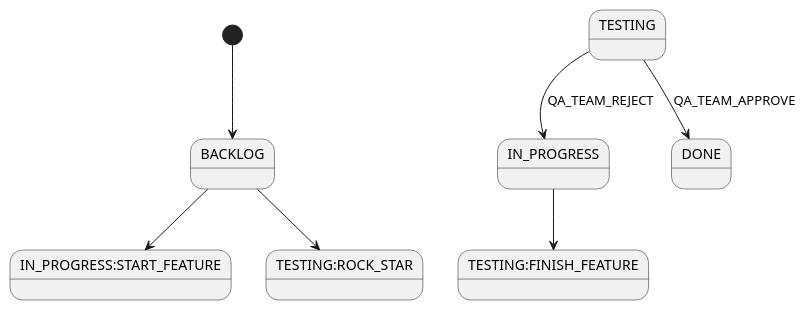
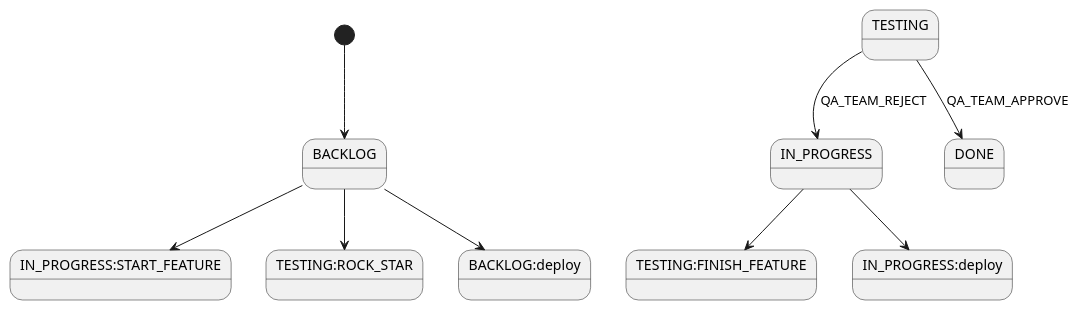
One commit to arlengur/StateMashine changed the diagram in src/uml/graph.puml. Above: the diagram before and after it, drawn with PlantUML. The commit also changed 19 other files, not shown here.

```diff
--- a/src/uml/graph.puml
+++ b/src/uml/graph.puml
@@ -1,8 +1,10 @@
 @startuml
 [*] --> BACKLOG
 BACKLOG --> IN_PROGRESS:START_FEATURE
 IN_PROGRESS --> TESTING:FINISH_FEATURE
+IN_PROGRESS --> IN_PROGRESS:deploy
 TESTING --> DONE: QA_TEAM_APPROVE
 TESTING --> IN_PROGRESS: QA_TEAM_REJECT
 BACKLOG --> TESTING:ROCK_STAR
+BACKLOG --> BACKLOG:deploy
 @enduml
```
